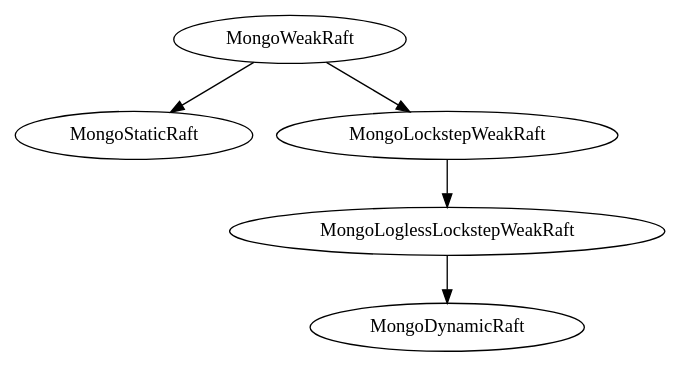
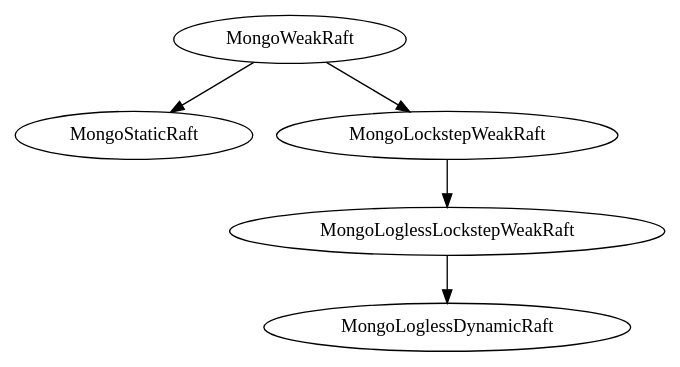
One commit to will62794/logless-reconfig changed the diagram in refinement/refinement-proof-outline.md. Above: the diagram before and after it, drawn with Graphviz. The commit also changed other lines of this file and 2 other files, not shown here.

Commit message:
Rename MongoDynamicRaft to MongoLoglessDynamicRaft

````diff
--- a/refinement/refinement-proof-outline.md
+++ b/refinement/refinement-proof-outline.md
@@ -52,9 +52,9 @@
 ```graphviz
 digraph{
 	MongoWeakRaft -> MongoStaticRaft;
 	MongoWeakRaft -> MongoLockstepWeakRaft;
 	MongoLockstepWeakRaft -> MongoLoglessLockstepWeakRaft;
-	MongoLoglessLockstepWeakRaft -> MongoDynamicRaft;
+	MongoLoglessLockstepWeakRaft -> MongoLoglessDynamicRaft;
 }
 
 ```
````
